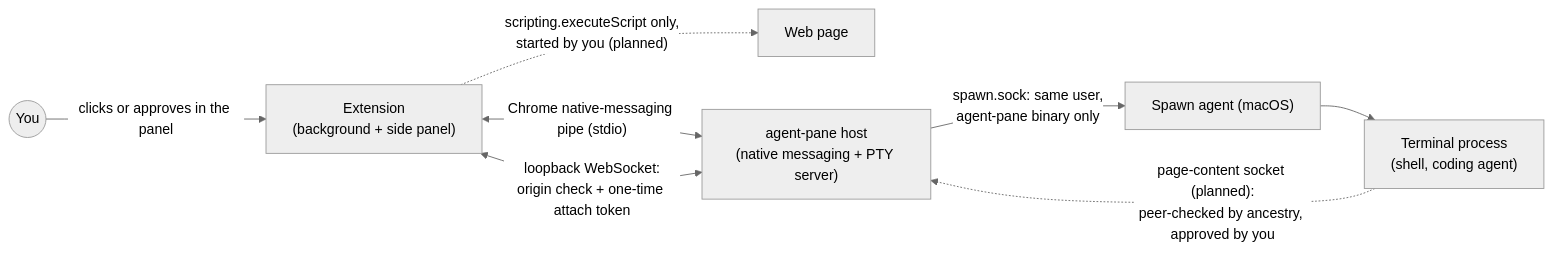
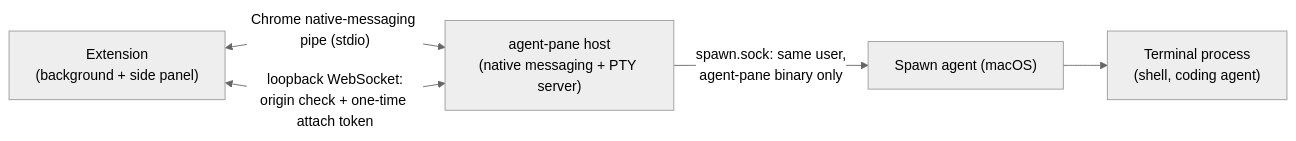
One commit to asakin/agent-pane changed the diagram in README.md. Above: the diagram before and after it, drawn with Mermaid (neutral theme). The commit also changed other lines of this file and 5 other files, not shown here.

````diff
--- a/README.md
+++ b/README.md
@@ -92,17 +107,12 @@
 ```mermaid
 flowchart LR
-  user((You))
-  page["Web page"]
   ext["Extension<br/>(background + side panel)"]
   host["agent-pane host<br/>(native messaging + PTY server)"]
   spawn["Spawn agent (macOS)"]
   term["Terminal process<br/>(shell, coding agent)"]
 
-  user -- "clicks or approves in the panel" --> ext
-  ext -. "scripting.executeScript only,<br/>started by you (planned)" .-> page
   ext <-- "Chrome native-messaging pipe (stdio)" --> host
   ext <-- "loopback WebSocket:<br/>origin check + one-time attach token" --> host
   host -- "spawn.sock: same user,<br/>agent-pane binary only" --> spawn
   spawn --> term
-  term -. "page-content socket (planned):<br/>peer-checked by ancestry, approved by you" .-> host
 ```
````
